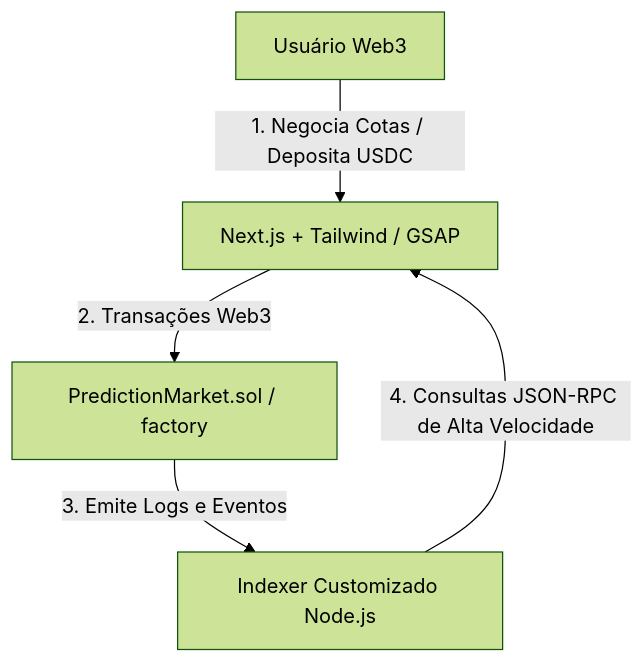
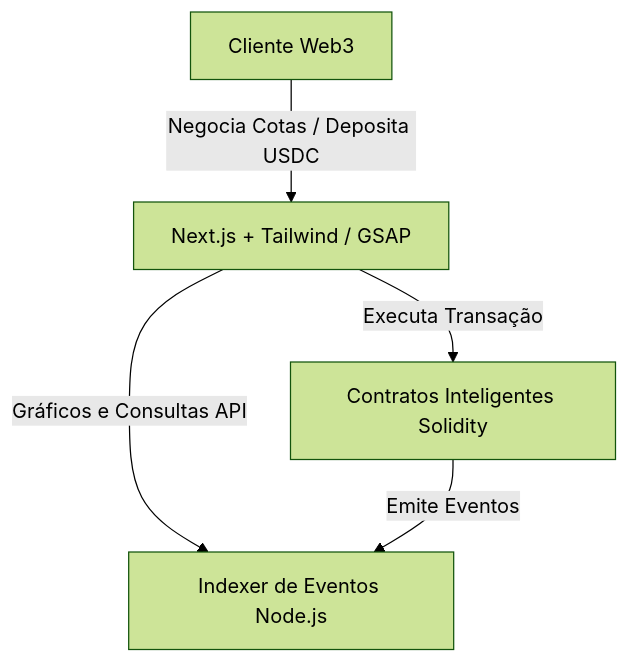
One commit to once-ui-system/magic-portfolio changed the diagram in src/app/blog/posts/pt-BR/arcade-prediction-market.mdx. Above: the diagram before and after it, drawn with Mermaid (forest theme). The commit also changed other lines of this file and 5 other files, not shown here.

````diff
--- a/src/app/blog/posts/pt-BR/arcade-prediction-market.mdx
+++ b/src/app/blog/posts/pt-BR/arcade-prediction-market.mdx
@@ -32,7 +30,7 @@
 ```mermaid
 graph TD
-    User[Usuário Web3] -->|1. Negocia Cotas / Deposita USDC| Frontend[Next.js + Tailwind / GSAP]
-    Frontend -->|2. Transações Web3| Contracts[PredictionMarket.sol / factory]
-    Contracts -->|3. Emite Logs e Eventos| Indexer[Indexer Customizado Node.js]
-    Indexer -->|4. Consultas JSON-RPC de Alta Velocidade| Frontend
+    User[Cliente Web3] -->|Negocia Cotas / Deposita USDC| Frontend[Next.js + Tailwind / GSAP]
+    Frontend -->|Gráficos e Consultas API| Indexer[Indexer de Eventos Node.js]
+    Frontend -->|Executa Transação| Contracts[Contratos Inteligentes Solidity]
+    Contracts -->|Emite Eventos| Indexer
 ```
````
